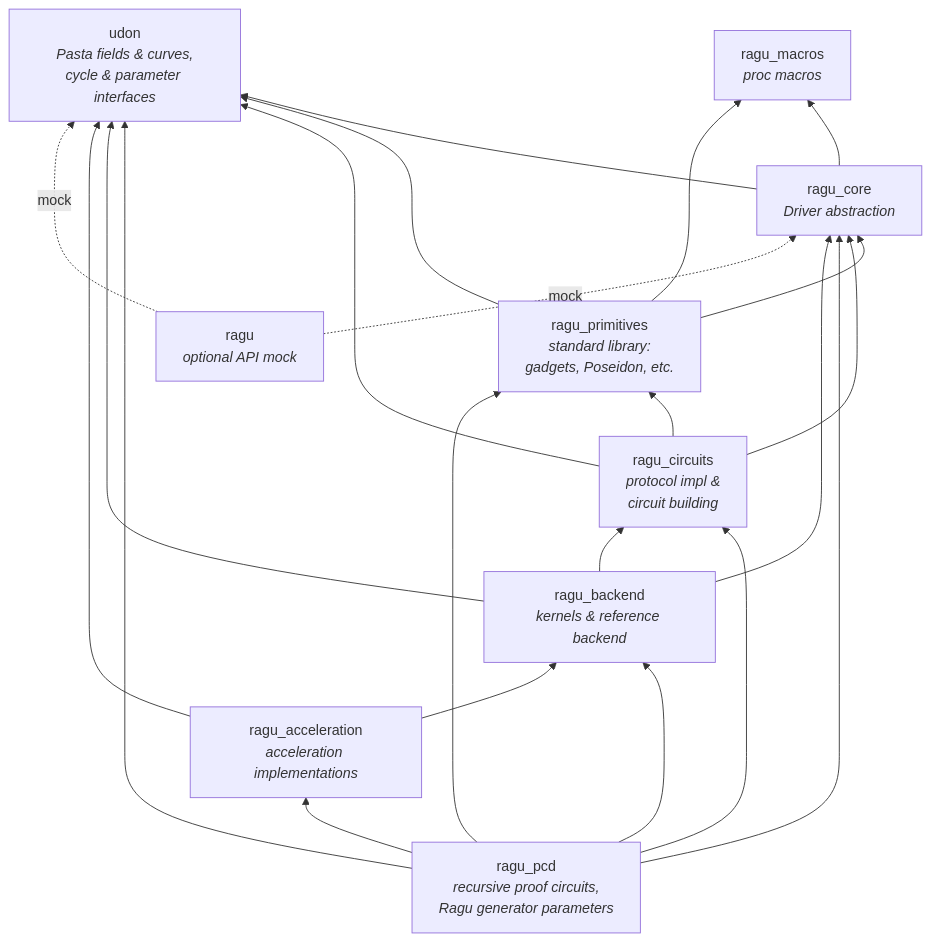
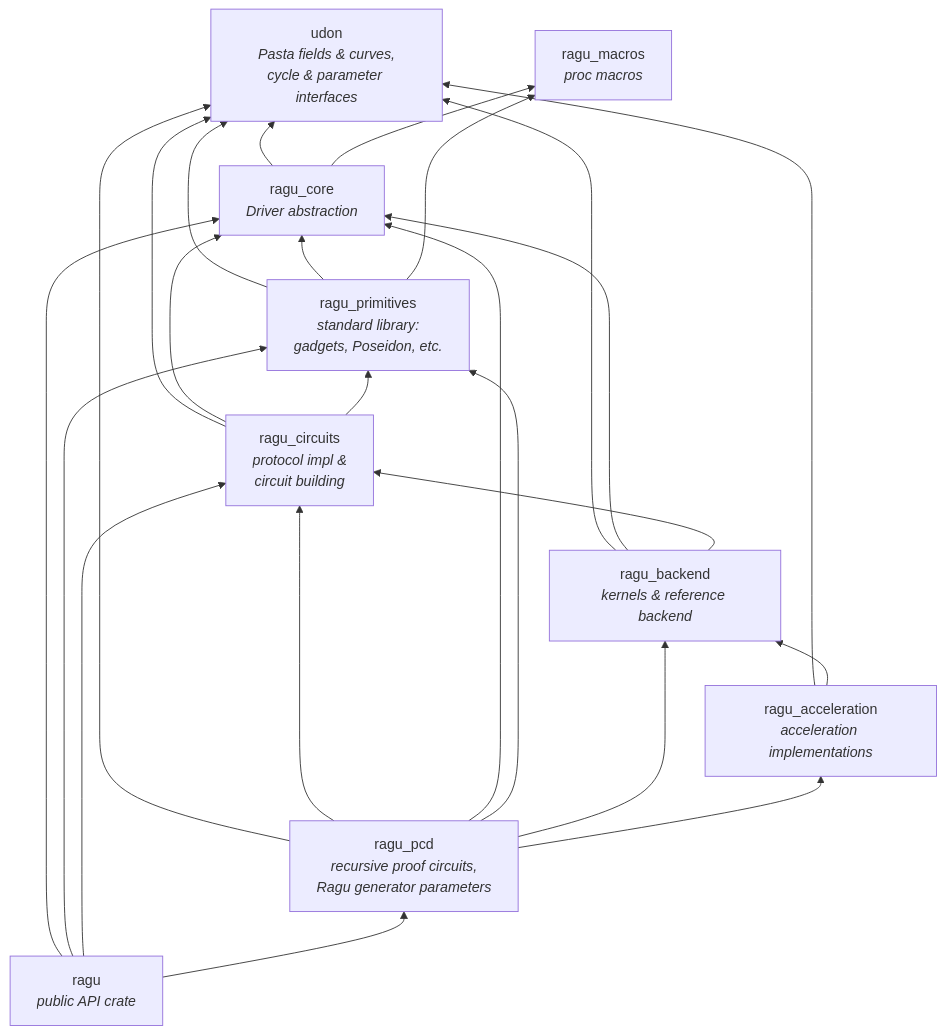
One commit to tachyon-zcash/ragu changed the second of 2 diagrams in book/src/implementation/arch.md. Above: the diagram before and after it, drawn with Mermaid. The commit also changed other lines of this file and 23 other files, not shown here.

First line of the commit message:
ragu: remove the API mock

````diff
--- a/book/src/implementation/arch.md
+++ b/book/src/implementation/arch.md
@@ -48,34 +48,36 @@
 ```mermaid
 flowchart BT
     macros["ragu_macros<br/><i>proc macros</i>"]
     udon["udon<br/><i>Pasta fields & curves,<br/>cycle & parameter interfaces</i>"]
     core["ragu_core<br/><i>Driver abstraction</i>"]
     prims["ragu_primitives<br/><i>standard library:<br/>gadgets, Poseidon, etc.</i>"]
     circuits["ragu_circuits<br/><i>protocol impl &<br/>circuit building</i>"]
     pcd["ragu_pcd<br/><i>recursive proof circuits,<br/>Ragu generator parameters</i>"]
     backend["ragu_backend<br/><i>kernels & reference backend</i>"]
     acceleration["ragu_acceleration<br/><i>acceleration implementations</i>"]
-    ragu["ragu<br/><i>optional API mock</i>"]
+    ragu["ragu<br/><i>public API crate</i>"]
 
     core --> udon
     core --> macros
     prims --> udon
     prims --> core
     prims --> macros
     circuits --> udon
     circuits --> core
     circuits --> prims
     pcd --> udon
     pcd --> circuits
     pcd --> core
     pcd --> prims
     pcd --> backend
     pcd --> acceleration
     backend --> udon
     backend --> core
     backend --> circuits
     acceleration --> udon
     acceleration --> backend
-    ragu -.->|mock| core
-    ragu -.->|mock| udon
+    ragu --> core
+    ragu --> prims
+    ragu --> circuits
+    ragu --> pcd
 ```
````
